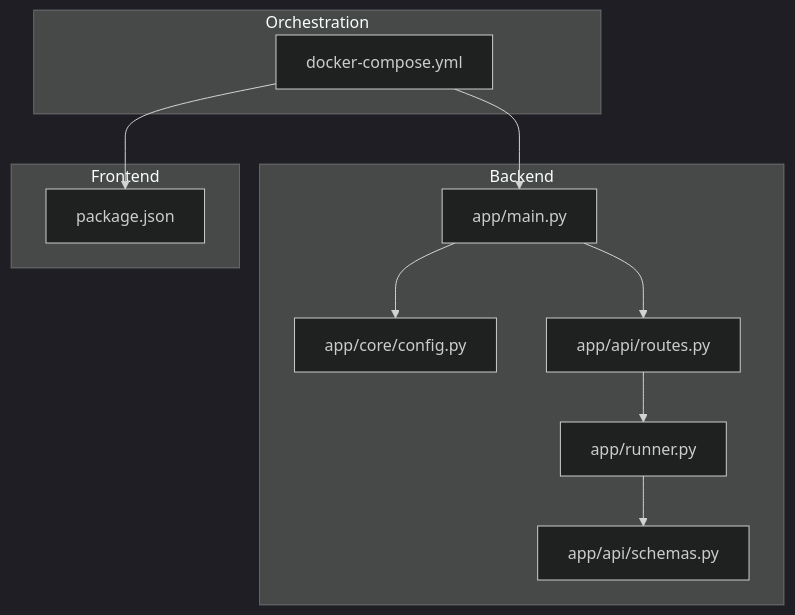
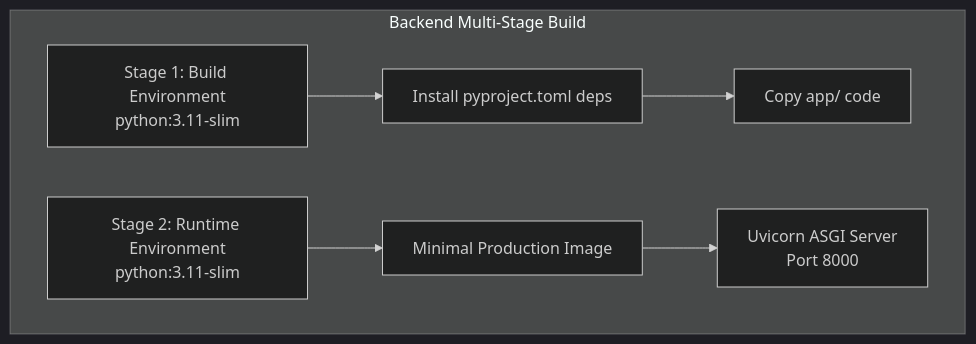
One commit to geekeraman/dissertation-checker changed the first of 3 diagrams in .qoder/repowiki/en/content/Deployment and Operations.md. Above: the diagram before and after it, drawn with Mermaid (dark theme). The commit also changed other lines of this file and 88 other files, not shown here.

````diff
--- a/.qoder/repowiki/en/content/Deployment and Operations.md
+++ b/.qoder/repowiki/en/content/Deployment and Operations.md
@@ -38,22 +62,9 @@
 ```mermaid
 graph TB
-subgraph "Backend"
-A_main["app/main.py"]
-A_cfg["app/core/config.py"]
-A_api["app/api/routes.py"]
-A_run["app/runner.py"]
-A_sch["app/api/schemas.py"]
+subgraph "Backend Multi-Stage Build"
+Stage1["Stage 1: Build Environment<br/>python:3.11-slim"] --> Dependencies["Install pyproject.toml deps"]
+Dependencies --> CodeCopy["Copy app/ code"]
+Stage2["Stage 2: Runtime Environment<br/>python:3.11-slim"] --> FinalImage["Minimal Production Image"]
+FinalImage --> Uvicorn["Uvicorn ASGI Server<br/>Port 8000"]
 end
-subgraph "Frontend"
-F_pkg["package.json"]
-end
-subgraph "Orchestration"
-DC["docker-compose.yml"]
-end
-DC --> A_main
-DC --> F_pkg
-A_main --> A_cfg
-A_main --> A_api
-A_api --> A_run
-A_run --> A_sch
 ```
````
